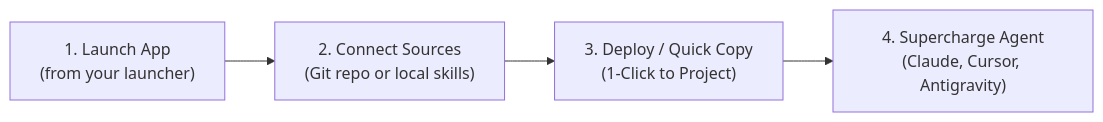
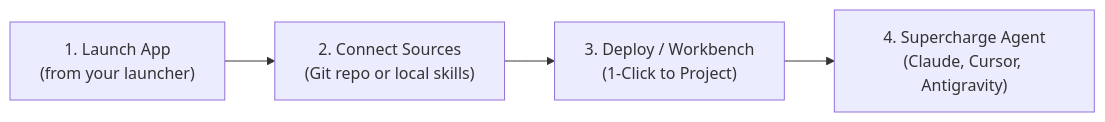
Before and after one commit to dishanagalawatta/SkillManager: the first of 3 diagrams in README.md, drawn with Mermaid. The commit also changed other lines of this file and 70 other files, not shown here.

````diff
--- a/README.md
+++ b/README.md
@@ -118,6 +118,6 @@
 ```mermaid
 flowchart LR
     A["1. Launch App\n(from your launcher)"] --> B["2. Connect Sources\n(Git repo or local skills)"]
-    B --> C["3. Deploy / Quick Copy\n(1-Click to Project)"]
+    B --> C["3. Deploy / Workbench\n(1-Click to Project)"]
     C --> D["4. Supercharge Agent\n(Claude, Cursor, Antigravity)"]
 ```
````
